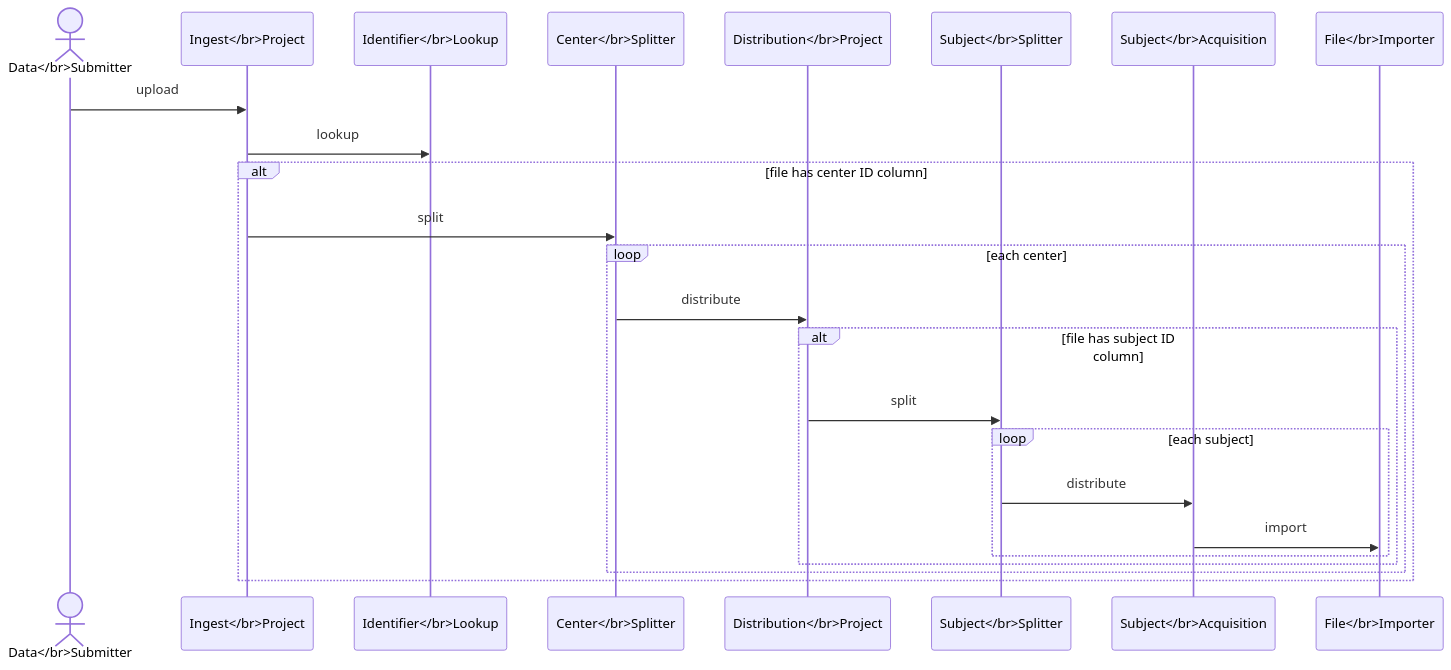
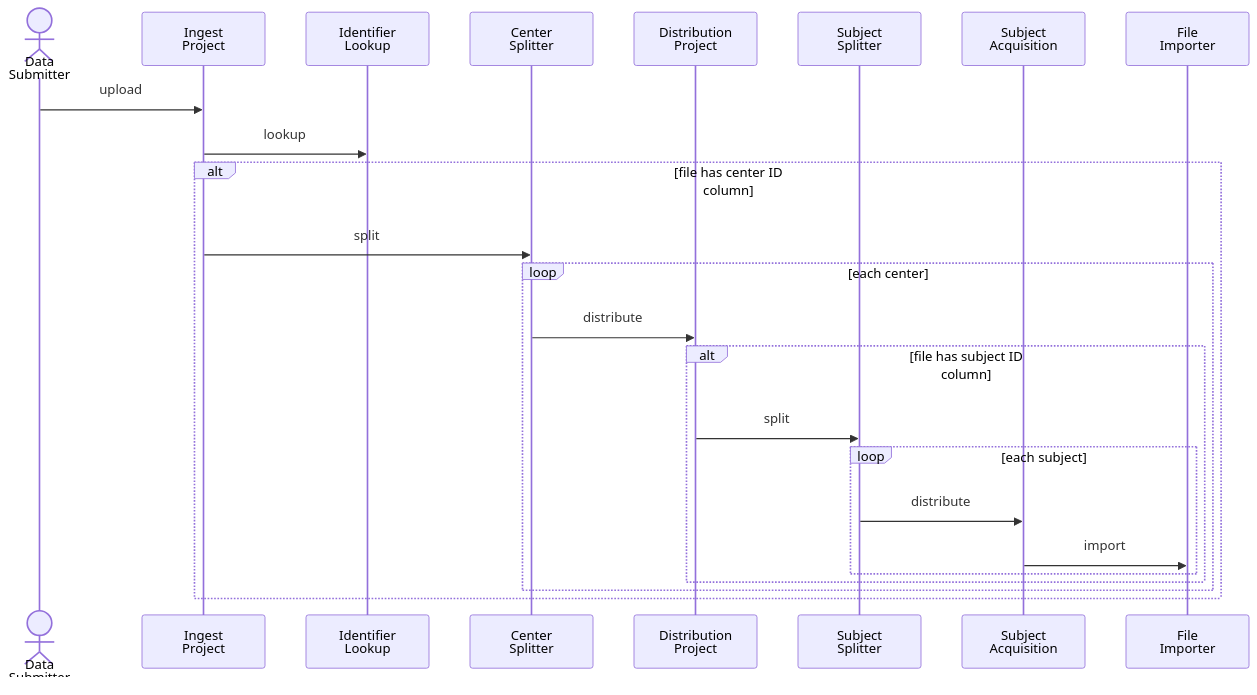
One commit to naccdata/flywheel-gear-extensions changed the first of 4 diagrams in docs/processes/csv_pipeline.md. Above: the diagram before and after it, drawn with Mermaid.

Commit message:
Fix break in markdown

````diff
--- a/docs/processes/csv_pipeline.md
+++ b/docs/processes/csv_pipeline.md
@@ -18,27 +18,27 @@
 ```mermaid
 sequenceDiagram
-    actor source as Data</br>Submitter
-    participant ingest as Ingest</br>Project
-    participant lookup as Identifier</br>Lookup
-    participant csplitter as Center</br>Splitter
-    participant distribution as Distribution</br>Project
-    participant ssplitter as Subject</br>Splitter
-    participant subject as Subject</br>Acquisition
-    participant importer as File</br>Importer
+    actor source as Data<br/>Submitter
+    participant ingest as Ingest<br/>Project
+    participant lookup as Identifier<br/>Lookup
+    participant csplitter as Center<br/>Splitter
+    participant distribution as Distribution<br/>Project
+    participant ssplitter as Subject<br/>Splitter
+    participant subject as Subject<br/>Acquisition
+    participant importer as File<br/>Importer
 
     source ->> ingest: upload
     ingest ->> lookup: lookup
     alt file has center ID column
        ingest ->> csplitter: split
        loop each center
           csplitter ->> distribution: distribute
           alt file has subject ID column
           distribution ->> ssplitter: split
              loop each subject
                 ssplitter ->> subject: distribute
                 subject ->> importer: import
               end
           end
        end
     end
 ```
````
